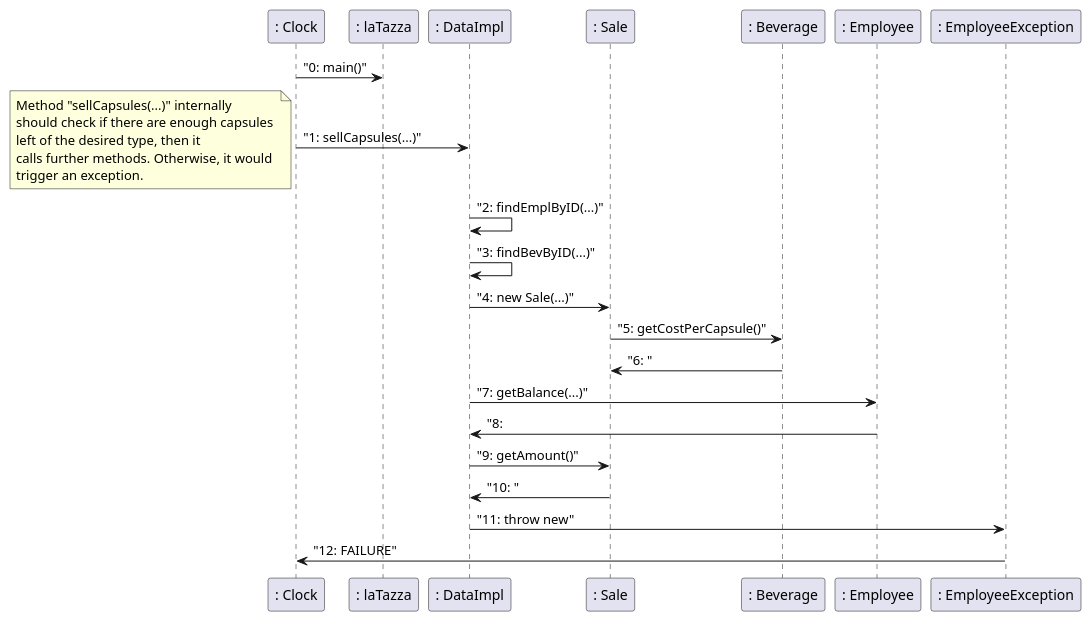
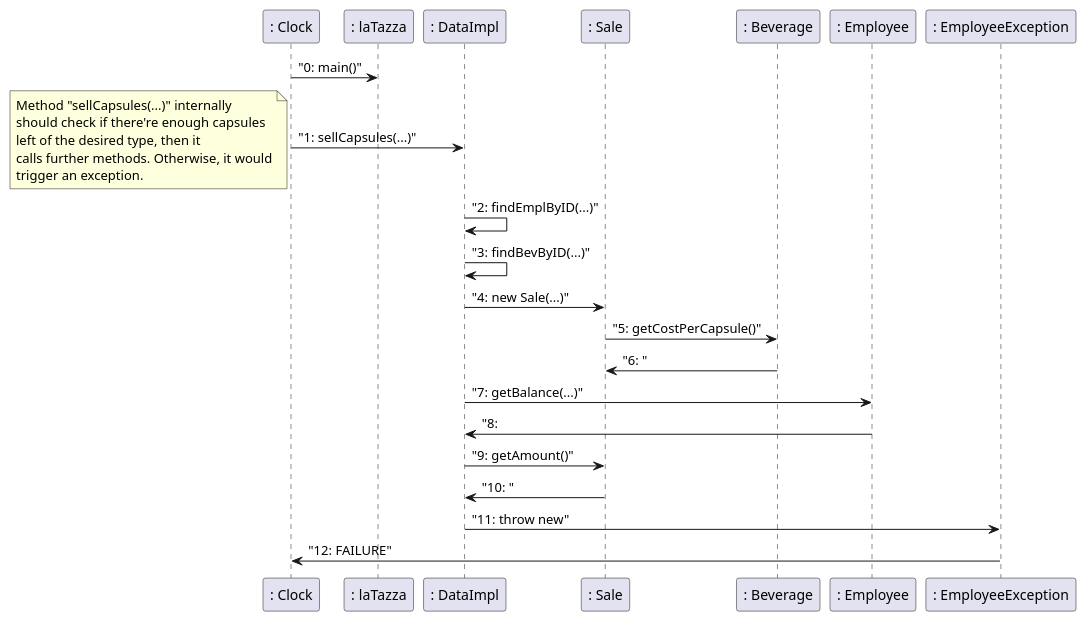
The sixth of 6 diagrams in templates/DesignDocumentTemplate.md (DarkSee/LaTazza), drawn with PlantUML before and after one commit. The commit also changed other lines of this file, not shown here.

Commit message:
Update Sequence Diagram scenario 1

````diff
--- a/templates/DesignDocumentTemplate.md
+++ b/templates/DesignDocumentTemplate.md
@@ -279,27 +284,27 @@
 ```plantuml
 @startuml
 ": Clock" -> ": laTazza": "0: main()"
 ": Clock" -> ": DataImpl": "1: sellCapsules(...)"
 note left
         Method "sellCapsules(...)" internally
-        should check if there are enough capsules 
+        should check if there're enough capsules 
         left of the desired type, then it 
         calls further methods. Otherwise, it would
         trigger an exception.
 end note
 ": DataImpl" -> ": DataImpl": "2: findEmplByID(...)"
 ": DataImpl" -> ": DataImpl": "3: findBevByID(...)"
 ": DataImpl" -> ": Sale": "4: new Sale(...)"
 ": Sale" -> ": Beverage": "5: getCostPerCapsule()"
 ": Sale" <-": Beverage": "6: "
 
 ": DataImpl" -> ": Employee": "7: getBalance(...)"
 ": DataImpl" <- ": Employee": "8: 
 ": DataImpl" -> ": Sale": "9: getAmount()"
 ": DataImpl" <- ": Sale": "10: " 
 ": DataImpl" -> ": EmployeeException": "11: throw new"
 
 ": Clock" <- ": EmployeeException": "12: FAILURE"
 @enduml
 
 ```
````
